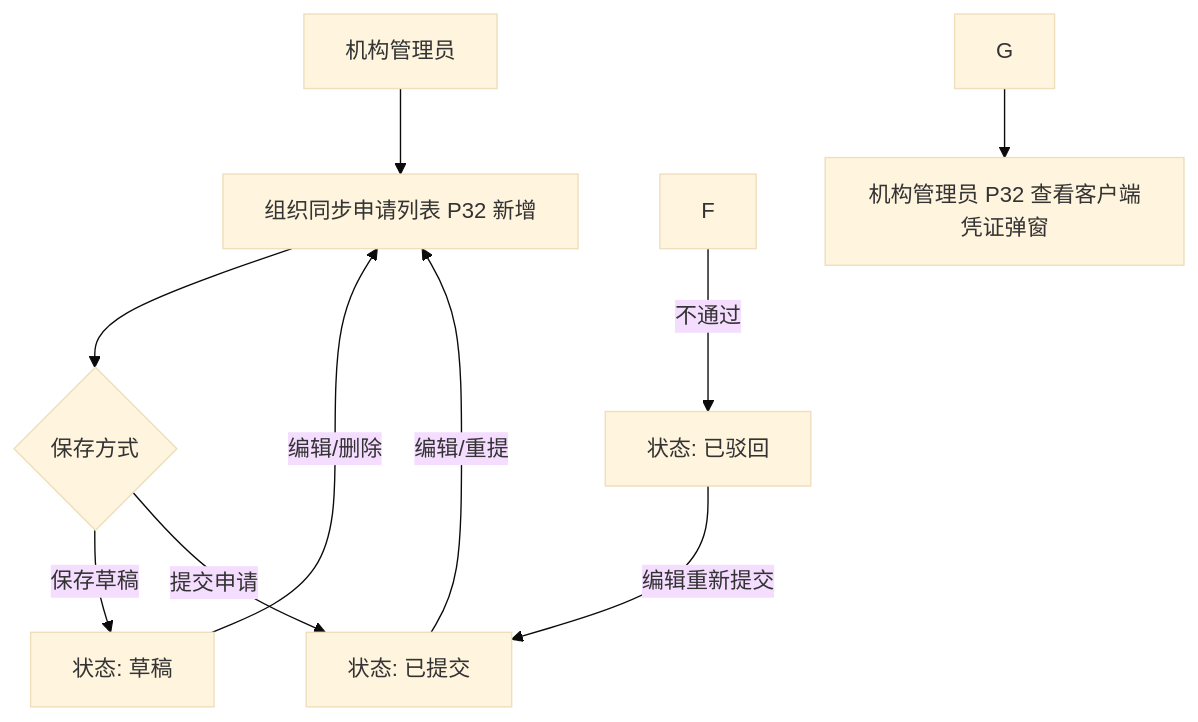
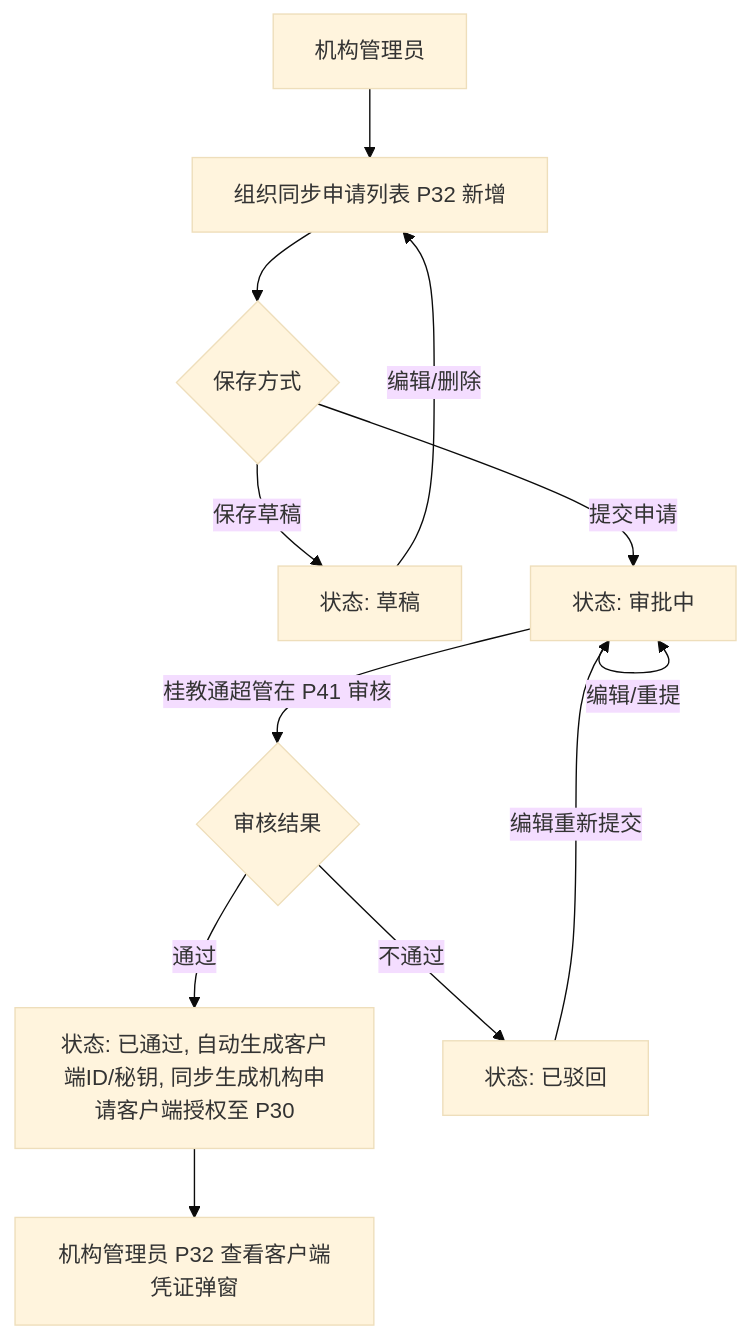
The seventh of 8 diagrams in output/prd/prd.md (sunmei119/capPlatform), drawn with Mermaid (base theme) before and after one commit. The commit also changed other lines of this file and 2 other files, not shown here.

````diff
--- a/output/prd/prd.md
+++ b/output/prd/prd.md
@@ -230,12 +231,14 @@
 ```mermaid
 flowchart TD
     A[机构管理员] --> B[组织同步申请列表 P32 新增]
     B --> C{保存方式}
     C -- 保存草稿 --> D[状态: 草稿]
-    C -- 提交申请 --> E[状态: 已提交]
+    C -- 提交申请 --> E[状态: 审批中]
     D -- 编辑/删除 --> B
-    E -- 编辑/重提 --> B
+    E -- 编辑/重提 --> E
+    E -- 桂教通超管在 P41 审核 --> F{审核结果}
+    F -- 通过 --> G[状态: 已通过, 自动生成客户端ID/秘钥, 同步生成机构申请客户端授权至 P30]
     F -- 不通过 --> H[状态: 已驳回]
     H -- 编辑重新提交 --> E
     G --> I[机构管理员 P32 查看客户端凭证弹窗]
 ```
````
